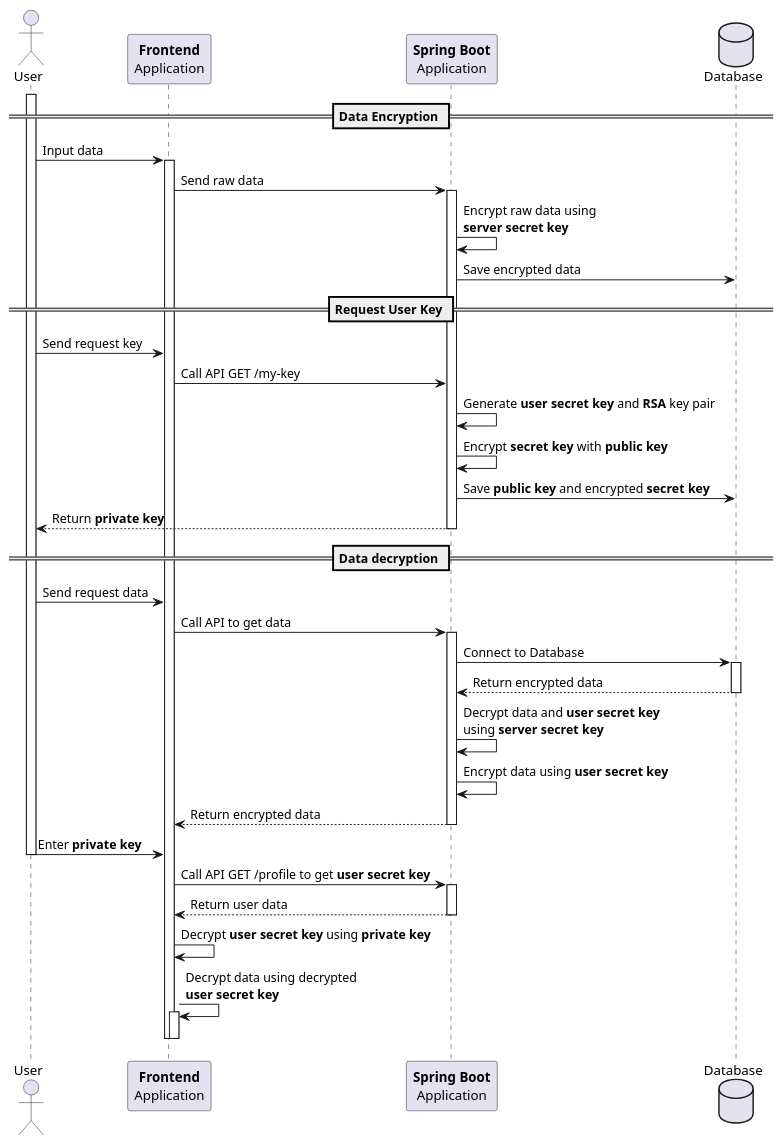
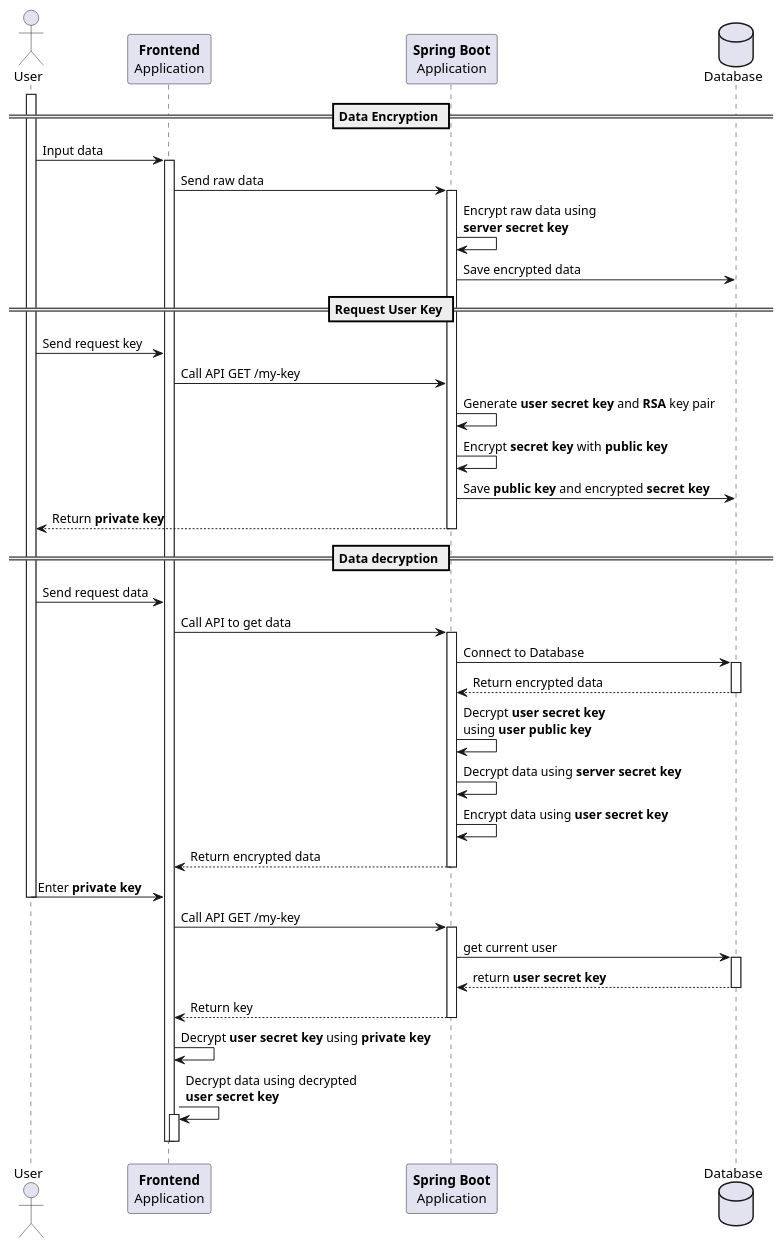
Before and after one commit to ITZ-Developers/Finance-UML: the diagram in FlowGraph/encryption.puml, drawn with PlantUML.

```diff
--- a/FlowGraph/encryption.puml
+++ b/FlowGraph/encryption.puml
@@ -1,45 +1,50 @@
 @startuml Encryption
 actor User
 participant "**Frontend**\nApplication" as FE
 participant "**Spring Boot**\nApplication" as BE
 database Database
 == Data Encryption ==
 activate User
 User -> FE: Input data
 activate FE
 FE -> BE: Send raw data
 activate BE
 BE -> BE: Encrypt raw data using\n**server secret key**
 BE -> Database: Save encrypted data
 == Request User Key ==
 User -> FE: Send request key
 FE -> BE: Call API GET /my-key
 BE -> BE: Generate **user secret key** and **RSA** key pair
 BE -> BE: Encrypt **secret key** with **public key**
 BE -> Database: Save **public key** and encrypted **secret key**
 BE --> User: Return **private key**
 deactivate BE
 == Data decryption ==
 User -> FE: Send request data
 FE -> BE: Call API to get data
 activate BE
 BE -> Database: Connect to Database
 activate Database
 Database --> BE: Return encrypted data
 deactivate Database
-BE -> BE: Decrypt data and **user secret key**\nusing **server secret key**
+BE -> BE: Decrypt **user secret key**\nusing **user public key**
+BE -> BE: Decrypt data using **server secret key**
 BE -> BE: Encrypt data using **user secret key**
 BE --> FE: Return encrypted data
 deactivate BE
 User -> FE: Enter **private key**
 deactivate User
-FE -> BE: Call API GET /profile to get **user secret key**
+FE -> BE: Call API GET /my-key
 activate BE
-BE --> FE: Return user data
+BE-> Database: get current user
+activate Database
+Database --> BE: return **user secret key**
+deactivate Database
+BE --> FE: Return key
 deactivate BE
 FE -> FE: Decrypt **user secret key** using **private key**
 FE -> FE: Decrypt data using decrypted\n**user secret key**
 activate FE
 deactivate FE
 deactivate FE
 @enduml
```
